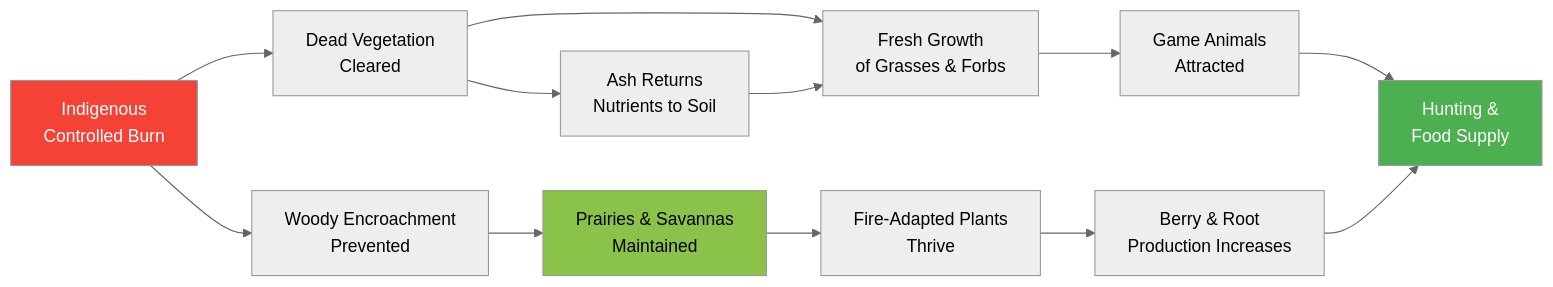
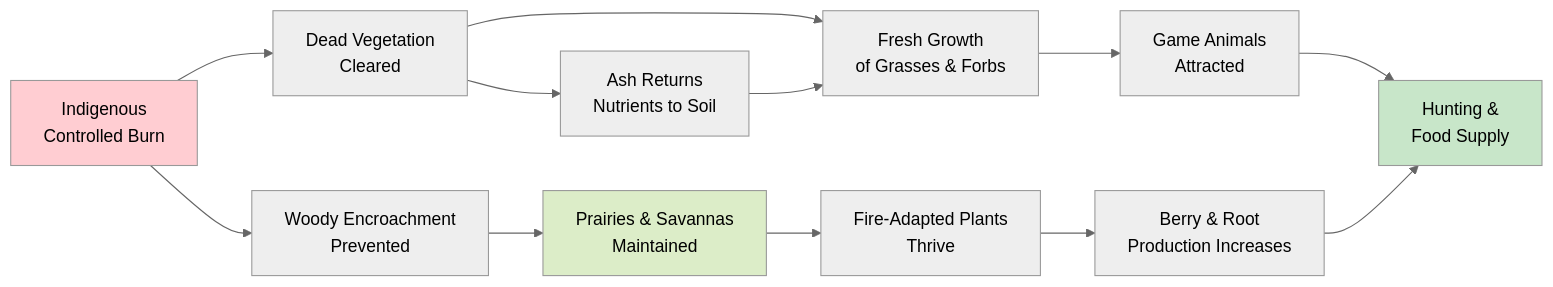
Before and after one commit to arunbatchu/minnesota-native-plants: the second of 2 diagrams in docs/chapters/13-cultural-indigenous-uses/index.md, drawn with Mermaid (neutral theme). The commit also changed other lines of this file and 10 other files, not shown here.

First line of the commit message:
Switch Mermaid diagrams to pastel palette — black text on light backgrounds

````diff
--- a/docs/chapters/13-cultural-indigenous-uses/index.md
+++ b/docs/chapters/13-cultural-indigenous-uses/index.md
@@ -300,20 +300,20 @@
 ```mermaid
 graph LR
     A["Indigenous<br>Controlled Burn"] --> B["Dead Vegetation<br>Cleared"]
     B --> C["Fresh Growth<br>of Grasses & Forbs"]
     C --> D["Game Animals<br>Attracted"]
     D --> E["Hunting &<br>Food Supply"]
 
     B --> F["Ash Returns<br>Nutrients to Soil"]
     F --> C
 
     A --> G["Woody Encroachment<br>Prevented"]
     G --> H["Prairies & Savannas<br>Maintained"]
     H --> I["Fire-Adapted Plants<br>Thrive"]
     I --> J["Berry & Root<br>Production Increases"]
     J --> E
 
-    style A fill:#F44336,color:#fff
-    style E fill:#4CAF50,color:#fff
-    style H fill:#8BC34A,color:#000
+    style A fill:#FFCDD2,color:#000
+    style E fill:#C8E6C9,color:#000
+    style H fill:#DCEDC8,color:#000
 ```
````
